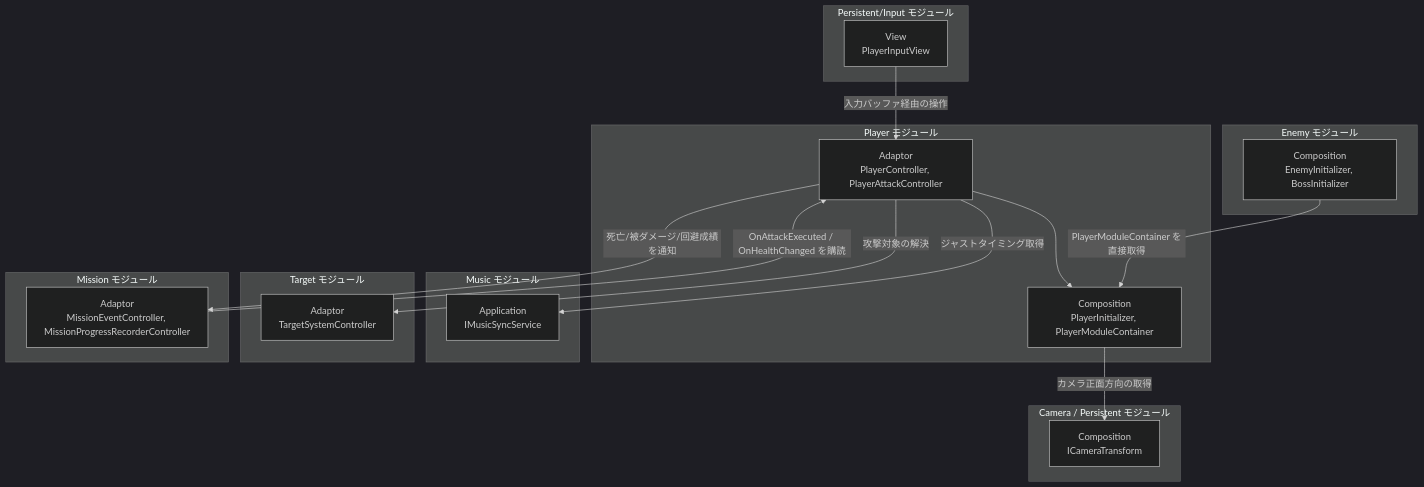
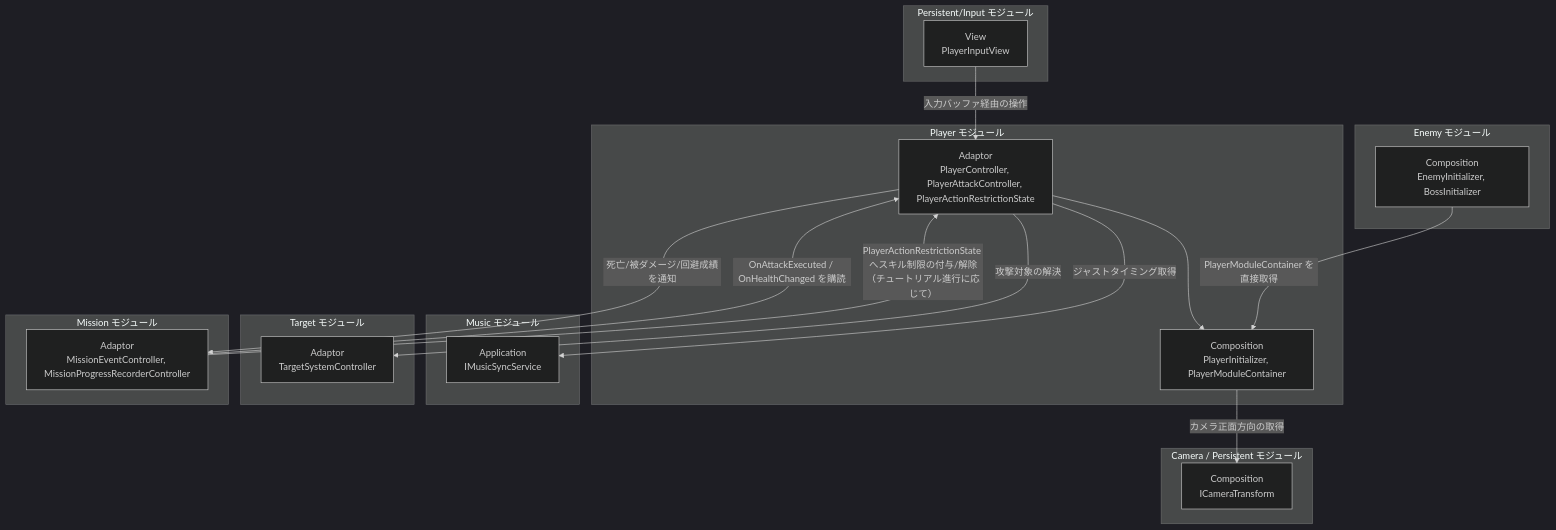
The first of 3 diagrams in Assets/Docs/ScriptsDocs/Modules/NotionModuleDocs/Player.md (HIBIKI5201/SymphonyKillChord), drawn with Mermaid (dark theme) before and after one commit. The commit also changed other lines of this file and 13 other files, not shown here.

````diff
--- a/Assets/Docs/ScriptsDocs/Modules/NotionModuleDocs/Player.md
+++ b/Assets/Docs/ScriptsDocs/Modules/NotionModuleDocs/Player.md
@@ -51,42 +53,43 @@
 ```mermaid
 graph TD
     %% 定義 (接続のないレイヤーは省略)
     subgraph PlayerModule [Player モジュール]
-        P_Adaptor["Adaptor<br>PlayerController, PlayerAttackController"]
+        P_Adaptor["Adaptor<br>PlayerController, PlayerAttackController, PlayerActionRestrictionState"]
         P_Composition["Composition<br>PlayerInitializer, PlayerModuleContainer"]
         P_Adaptor --> P_Composition
     end
 
     subgraph PersistentInputModule [Persistent/Input モジュール]
         PI_View["View<br>PlayerInputView"]
     end
 
     subgraph MusicModule [Music モジュール]
         M_App["Application<br>IMusicSyncService"]
     end
 
     subgraph CameraModule [Camera / Persistent モジュール]
         C_Composition["Composition<br>ICameraTransform"]
     end
 
     subgraph TargetModule [Target モジュール]
         T_Adaptor["Adaptor<br>TargetSystemController"]
     end
 
     subgraph MissionModule [Mission モジュール]
         MS_Adaptor["Adaptor<br>MissionEventController, MissionProgressRecorderController"]
     end
 
     subgraph EnemyModule [Enemy モジュール]
         E_Composition["Composition<br>EnemyInitializer, BossInitializer"]
     end
 
     %% 依存関係
     PI_View -->|"入力バッファ経由の操作"| P_Adaptor
     P_Adaptor -->|"ジャストタイミング取得"| M_App
     P_Composition -->|"カメラ正面方向の取得"| C_Composition
     P_Adaptor -->|"攻撃対象の解決"| T_Adaptor
     P_Adaptor -->|"死亡/被ダメージ/回避成績を通知"| MS_Adaptor
     MS_Adaptor -->|"OnAttackExecuted / OnHealthChanged を購読"| P_Adaptor
+    MS_Adaptor -->|"PlayerActionRestrictionState へスキル制限の付与/解除（チュートリアル進行に応じて）"| P_Adaptor
     E_Composition -->|"PlayerModuleContainer を直接取得"| P_Composition
 ```
````
